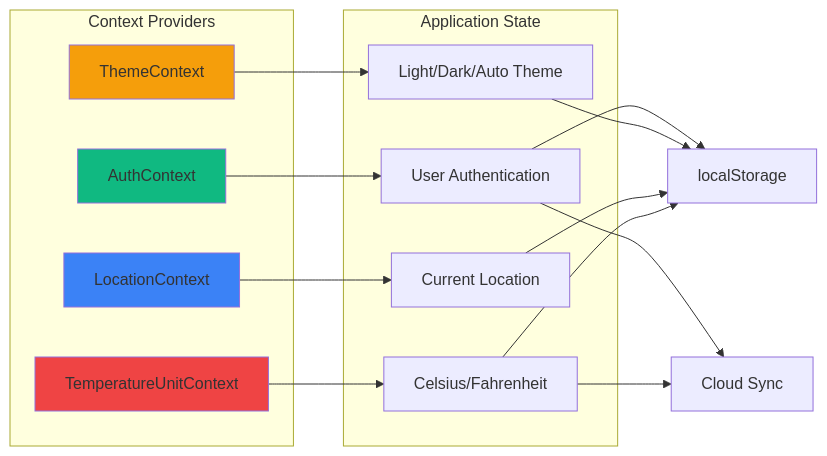
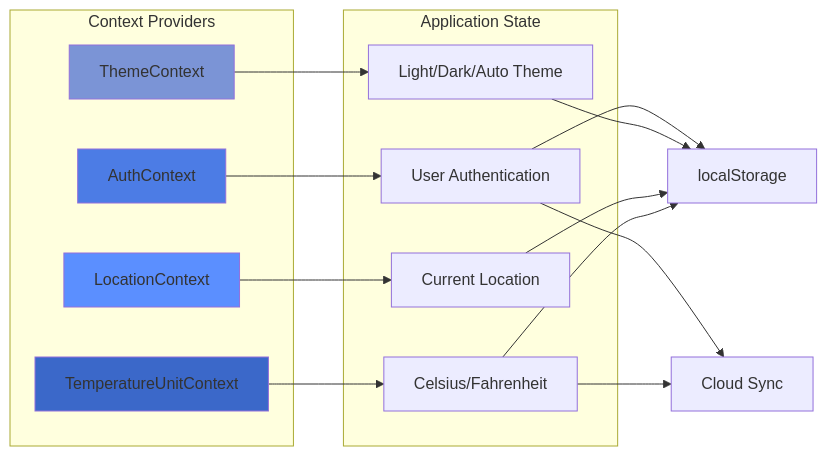
The second of 8 diagrams in docs/getting-started/ARCHITECTURE.md (mbuckingham74/meteo-weather), drawn with Mermaid before and after one commit. The commit also changed other lines of this file and 10 other files, not shown here.

````diff
--- a/docs/getting-started/ARCHITECTURE.md
+++ b/docs/getting-started/ARCHITECTURE.md
@@ -90,33 +90,33 @@
 ```mermaid
 graph LR
     subgraph "Context Providers"
         Auth[AuthContext]
         Theme[ThemeContext]
         Location[LocationContext]
         TempUnit[TemperatureUnitContext]
     end
 
     subgraph "Application State"
         UserState[User Authentication]
         ThemeState[Light/Dark/Auto Theme]
         LocationState[Current Location]
         UnitState[Celsius/Fahrenheit]
     end
 
     Auth --> UserState
     Theme --> ThemeState
     Location --> LocationState
     TempUnit --> UnitState
 
     UserState --> LocalStorage[localStorage]
     UserState --> CloudSync[Cloud Sync]
     ThemeState --> LocalStorage
     LocationState --> LocalStorage
     UnitState --> LocalStorage
     UnitState --> CloudSync
 
-    style Auth fill:#10b981
-    style Theme fill:#f59e0b
-    style Location fill:#3b82f6
-    style TempUnit fill:#ef4444
+    style Auth fill:#4c7ce5
+    style Theme fill:#7b94d6
+    style Location fill:#5b8fff
+    style TempUnit fill:#3b68c9
 ```
````
